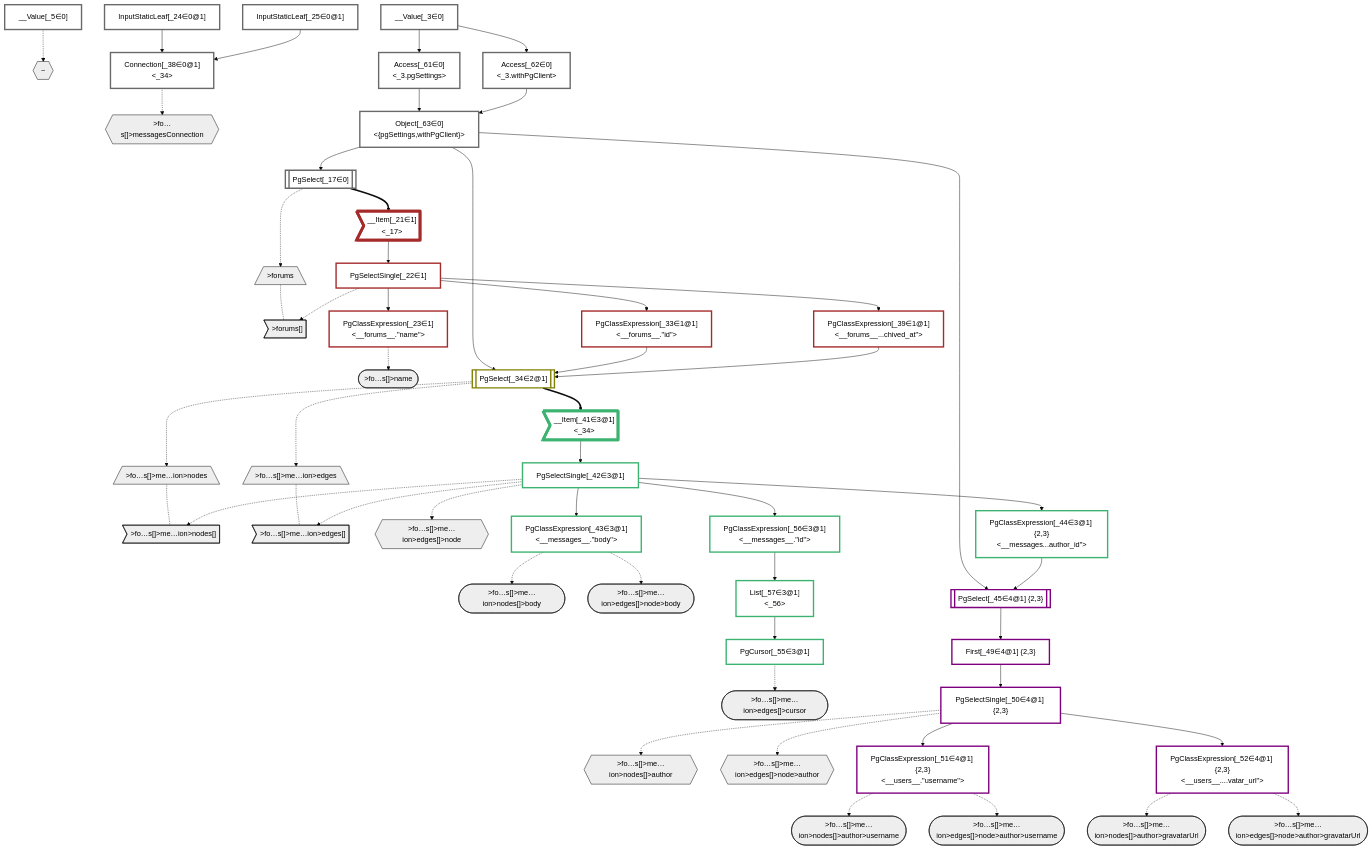
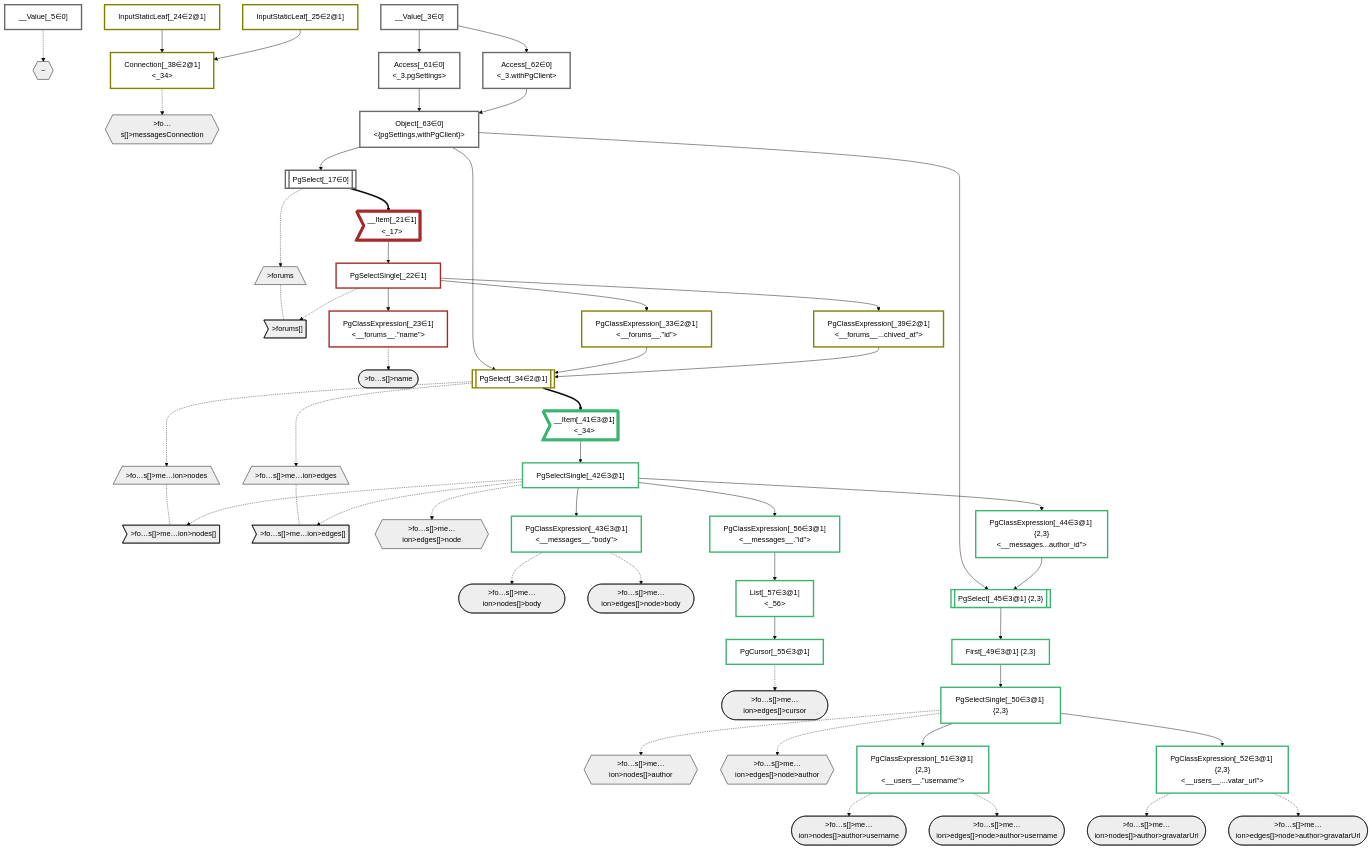
Before and after one commit to graphile/crystal: the diagram in packages/dataplan-pg/__tests__/queries/conditions/archived-forum-inherited-messages.defer-7.mermaid.md, drawn with Mermaid (base theme). The commit also changed 42 other files, not shown here.

````diff
--- a/packages/dataplan-pg/__tests__/queries/conditions/archived-forum-inherited-messages.defer-7.mermaid.md
+++ b/packages/dataplan-pg/__tests__/queries/conditions/archived-forum-inherited-messages.defer-7.mermaid.md
@@ -52,21 +52,21 @@
     __Item_21>"__Item[_21∈1]<br /><_17>"]:::itemplan
     PgSelectSingle_22["PgSelectSingle[_22∈1]<br /><forums>"]:::plan
     PgClassExpression_23["PgClassExpression[_23∈1]<br /><__forums__.#quot;name#quot;>"]:::plan
-    InputStaticLeaf_24["InputStaticLeaf[_24∈0@1]"]:::plan
-    InputStaticLeaf_25["InputStaticLeaf[_25∈0@1]"]:::plan
-    PgClassExpression_33["PgClassExpression[_33∈1@1]<br /><__forums__.#quot;id#quot;>"]:::plan
+    InputStaticLeaf_24["InputStaticLeaf[_24∈2@1]"]:::plan
+    InputStaticLeaf_25["InputStaticLeaf[_25∈2@1]"]:::plan
+    PgClassExpression_33["PgClassExpression[_33∈2@1]<br /><__forums__.#quot;id#quot;>"]:::plan
     PgSelect_34[["PgSelect[_34∈2@1]<br /><messages>"]]:::plan
-    Connection_38["Connection[_38∈0@1]<br /><_34>"]:::plan
-    PgClassExpression_39["PgClassExpression[_39∈1@1]<br /><__forums__...chived_at#quot;>"]:::plan
+    Connection_38["Connection[_38∈2@1]<br /><_34>"]:::plan
+    PgClassExpression_39["PgClassExpression[_39∈2@1]<br /><__forums__...chived_at#quot;>"]:::plan
     __Item_41>"__Item[_41∈3@1]<br /><_34>"]:::itemplan
     PgSelectSingle_42["PgSelectSingle[_42∈3@1]<br /><messages>"]:::plan
     PgClassExpression_43["PgClassExpression[_43∈3@1]<br /><__messages__.#quot;body#quot;>"]:::plan
     PgClassExpression_44["PgClassExpression[_44∈3@1] {2,3}<br /><__messages...author_id#quot;>"]:::plan
-    PgSelect_45[["PgSelect[_45∈4@1] {2,3}<br /><users>"]]:::plan
-    First_49["First[_49∈4@1] {2,3}"]:::plan
-    PgSelectSingle_50["PgSelectSingle[_50∈4@1] {2,3}<br /><users>"]:::plan
-    PgClassExpression_51["PgClassExpression[_51∈4@1] {2,3}<br /><__users__.#quot;username#quot;>"]:::plan
-    PgClassExpression_52["PgClassExpression[_52∈4@1] {2,3}<br /><__users__....vatar_url#quot;>"]:::plan
+    PgSelect_45[["PgSelect[_45∈3@1] {2,3}<br /><users>"]]:::plan
+    First_49["First[_49∈3@1] {2,3}"]:::plan
+    PgSelectSingle_50["PgSelectSingle[_50∈3@1] {2,3}<br /><users>"]:::plan
+    PgClassExpression_51["PgClassExpression[_51∈3@1] {2,3}<br /><__users__.#quot;username#quot;>"]:::plan
+    PgClassExpression_52["PgClassExpression[_52∈3@1] {2,3}<br /><__users__....vatar_url#quot;>"]:::plan
     PgCursor_55["PgCursor[_55∈3@1]"]:::plan
     PgClassExpression_56["PgClassExpression[_56∈3@1]<br /><__messages__.#quot;id#quot;>"]:::plan
     List_57["List[_57∈3@1]<br /><_56>"]:::plan
@@ -127,13 +127,11 @@
 
     %% allocate buckets
     classDef bucket0 stroke:#696969
-    class __Value_3,__Value_5,PgSelect_17,InputStaticLeaf_24,InputStaticLeaf_25,Connection_38,Access_61,Access_62,Object_63 bucket0
+    class __Value_3,__Value_5,PgSelect_17,Access_61,Access_62,Object_63 bucket0
     classDef bucket1 stroke:#a52a2a
-    class __Item_21,PgSelectSingle_22,PgClassExpression_23,PgClassExpression_33,PgClassExpression_39 bucket1
+    class __Item_21,PgSelectSingle_22,PgClassExpression_23 bucket1
     classDef bucket2 stroke:#808000
-    class PgSelect_34 bucket2
+    class InputStaticLeaf_24,InputStaticLeaf_25,PgClassExpression_33,PgSelect_34,Connection_38,PgClassExpression_39 bucket2
     classDef bucket3 stroke:#3cb371
-    class __Item_41,PgSelectSingle_42,PgClassExpression_43,PgClassExpression_44,PgCursor_55,PgClassExpression_56,List_57 bucket3
-    classDef bucket4 stroke:#7f007f
-    class PgSelect_45,First_49,PgSelectSingle_50,PgClassExpression_51,PgClassExpression_52 bucket4
+    class __Item_41,PgSelectSingle_42,PgClassExpression_43,PgClassExpression_44,PgSelect_45,First_49,PgSelectSingle_50,PgClassExpression_51,PgClassExpression_52,PgCursor_55,PgClassExpression_56,List_57 bucket3
 ```
````
